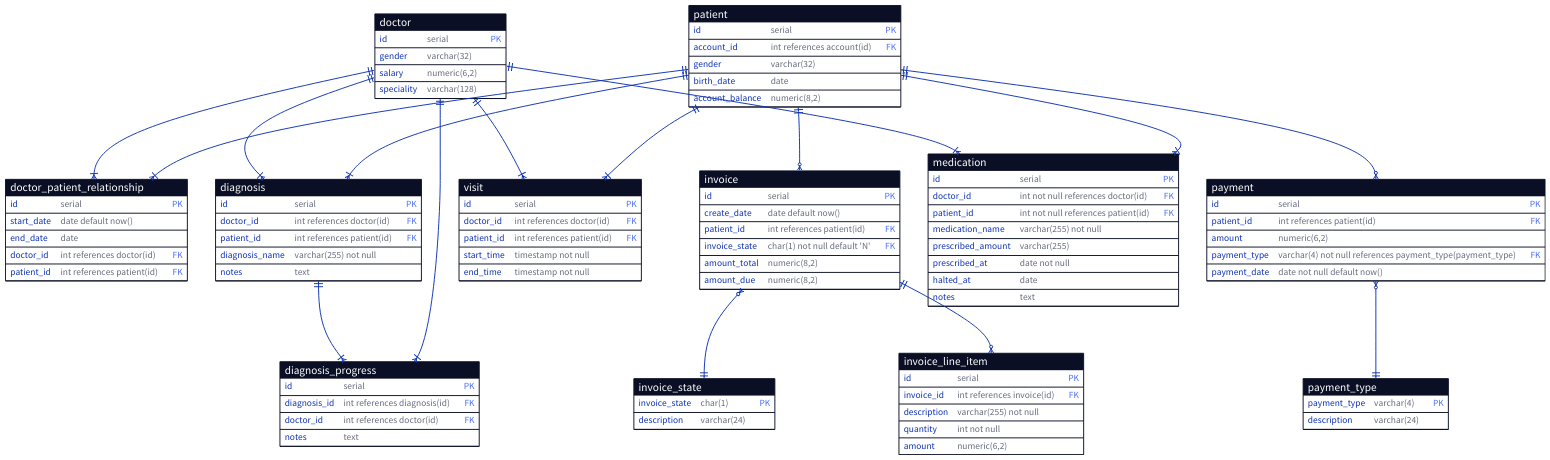
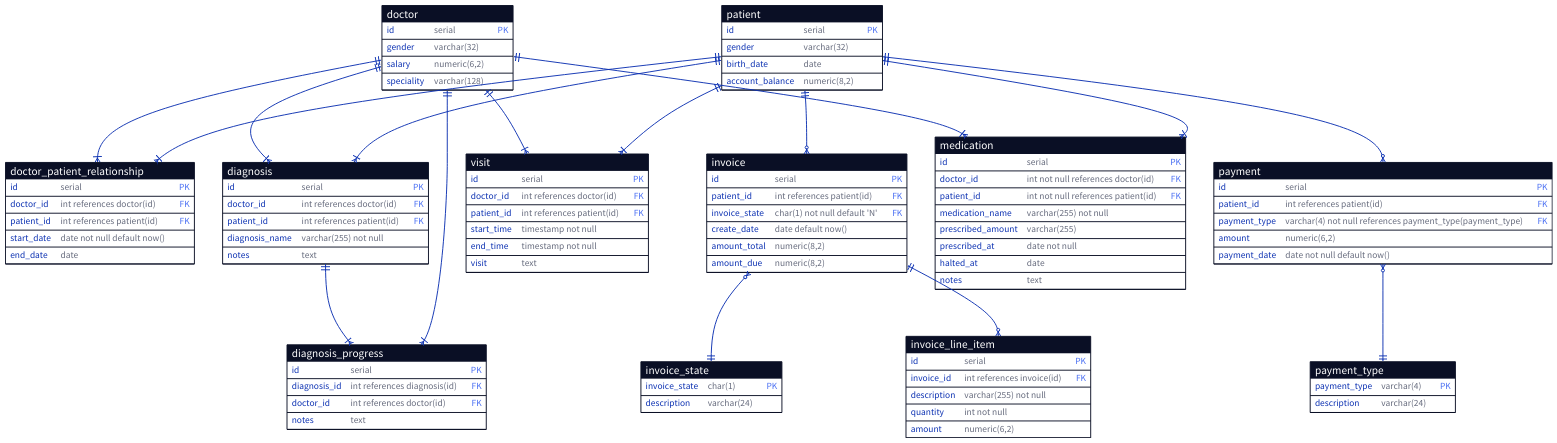
Before and after one commit to timfreund/stevens-teaching-demo: the diagram in diagrams/erd.d2, drawn with D2. The commit also changed 3 other files, not shown here.

Commit message:
Sync ERD and schema

```diff
--- a/diagrams/erd.d2
+++ b/diagrams/erd.d2
@@ -1,179 +1,179 @@
 
 doctor {
   shape: sql_table
   id: serial {constraint: primary_key}
   gender: varchar(32)
   salary: numeric(6,2)
   speciality: varchar(128)
 }
 
 patient {
   shape: sql_table
   id: serial {constraint: primary_key}
-  account_id: int references account(id) {constraint: foreign_key}
   gender: varchar(32)
   birth_date: date
   account_balance: numeric(8,2)
 }
 
 doctor_patient_relationship {
   shape: sql_table
   id: serial {constraint: primary_key}
-  start_date: date default now()
-  end_date: date
   doctor_id: int references doctor(id) {constraint: foreign_key}
   patient_id: int references patient(id) {constraint: foreign_key}
+  start_date: date not null default now()
+  end_date: date
 }
 
 doctor <-> doctor_patient_relationship.doctor_id: {
   source-arrowhead.shape: cf-one-required
   target-arrowhead.shape: cf-many-required
 }
 
 patient <-> doctor_patient_relationship.patient_id: {
   source-arrowhead.shape: cf-one-required
   target-arrowhead.shape: cf-many-required
 }
 
 invoice_state{
   shape: sql_table
   invoice_state: char(1) {constraint: primary_key}
   description: varchar(24)
 }
 
 invoice {
   shape: sql_table
   id: serial {constraint: primary_key}
-  create_date: date default now()
   patient_id: int references patient(id) {constraint: foreign_key}
   invoice_state: char(1) not null default 'N'  {constraint: foreign_key}
+  create_date: date default now()
   amount_total: numeric(8,2)
   amount_due: numeric(8,2)
 }
 
 invoice.invoice_state <-> invoice_state.invoice_state: {
   source-arrowhead.shape: cf-many
   target-arrowhead.shape: cf-one-required
 }
 
 patient <-> invoice.patient_id: {
   source-arrowhead.shape: cf-one-required
   target-arrowhead.shape: cf-many
 }
 
 invoice_line_item {
   shape: sql_table
   id: serial {constraint: primary_key}
   invoice_id: int references invoice(id) {constraint: foreign_key}
   description: varchar(255) not null
   quantity: int not null
   amount: numeric(6,2)
 }
 
 invoice <-> invoice_line_item.invoice_id: {
   source-arrowhead.shape: cf-one-required
   target-arrowhead.shape: cf-many
 }
 
 payment_type{
   shape: sql_table
   payment_type: varchar(4) {constraint: primary_key}
   description: varchar(24)
 }
 
 payment {
   shape: sql_table
   id: serial {constraint: primary_key}
   patient_id: int references patient(id) {constraint: foreign_key}
+  payment_type: varchar(4) not null references payment_type(payment_type) {constraint: foreign_key}
   amount: numeric(6,2)
-  payment_type: varchar(4) not null references payment_type(payment_type) {constraint: foreign_key}
   payment_date: date not null default now()
 }
 
 patient <-> payment.patient_id: {
   source-arrowhead.shape: cf-one-required
   target-arrowhead.shape: cf-many
 }
 
 payment.payment_type <-> payment_type.payment_type: {
   source-arrowhead.shape: cf-many
   target-arrowhead.shape: cf-one-required
 }
 
 visit {
   shape: sql_table
   id: serial {constraint: primary_key}
   doctor_id: int references doctor(id) {constraint: foreign_key}
   patient_id: int references patient(id) {constraint: foreign_key}
   start_time: timestamp not null
   end_time: timestamp not null
+  visit: text
 }
 
 doctor <-> visit.doctor_id: {
   source-arrowhead.shape: cf-one-required
   target-arrowhead.shape: cf-many-required
 }
 
 patient <-> visit.patient_id: {
   source-arrowhead.shape: cf-one-required
   target-arrowhead.shape: cf-many-required
 }
 
 diagnosis {
   shape: sql_table
   id: serial {constraint: primary_key}
   doctor_id: int references doctor(id) {constraint: foreign_key}
   patient_id: int references patient(id) {constraint: foreign_key}
   diagnosis_name: varchar(255) not null
   notes: text
 }
 
 doctor <-> diagnosis.doctor_id: {
   source-arrowhead.shape: cf-one-required
   target-arrowhead.shape: cf-many-required
 }
 
 patient <-> diagnosis.patient_id: {
   source-arrowhead.shape: cf-one-required
   target-arrowhead.shape: cf-many-required
 }
 
 diagnosis_progress {
   shape: sql_table
   id: serial {constraint: primary_key}
   diagnosis_id: int references diagnosis(id) {constraint: foreign_key}
   doctor_id: int references doctor(id) {constraint: foreign_key}
   notes: text
 }
 
 diagnosis <-> diagnosis_progress.diagnosis_id: {
   source-arrowhead.shape: cf-one-required
   target-arrowhead.shape: cf-many-required
 }
 
 doctor <-> diagnosis_progress.doctor_id: {
   source-arrowhead.shape: cf-one-required
   target-arrowhead.shape: cf-many-required
 }
 
 medication {
   shape: sql_table
   id: serial {constraint: primary_key}
   doctor_id: int not null references doctor(id) {constraint: foreign_key}
   patient_id: int not null references patient(id) {constraint: foreign_key}
   medication_name: varchar(255) not null
   prescribed_amount: varchar(255)
   prescribed_at: date not null
   halted_at: date
   notes: text
 }
 
 doctor <-> medication.doctor_id: {
   source-arrowhead.shape: cf-one-required
   target-arrowhead.shape: cf-many-required
 }
 
 patient <-> medication.patient_id: {
   source-arrowhead.shape: cf-one-required
   target-arrowhead.shape: cf-many-required
 }
```
